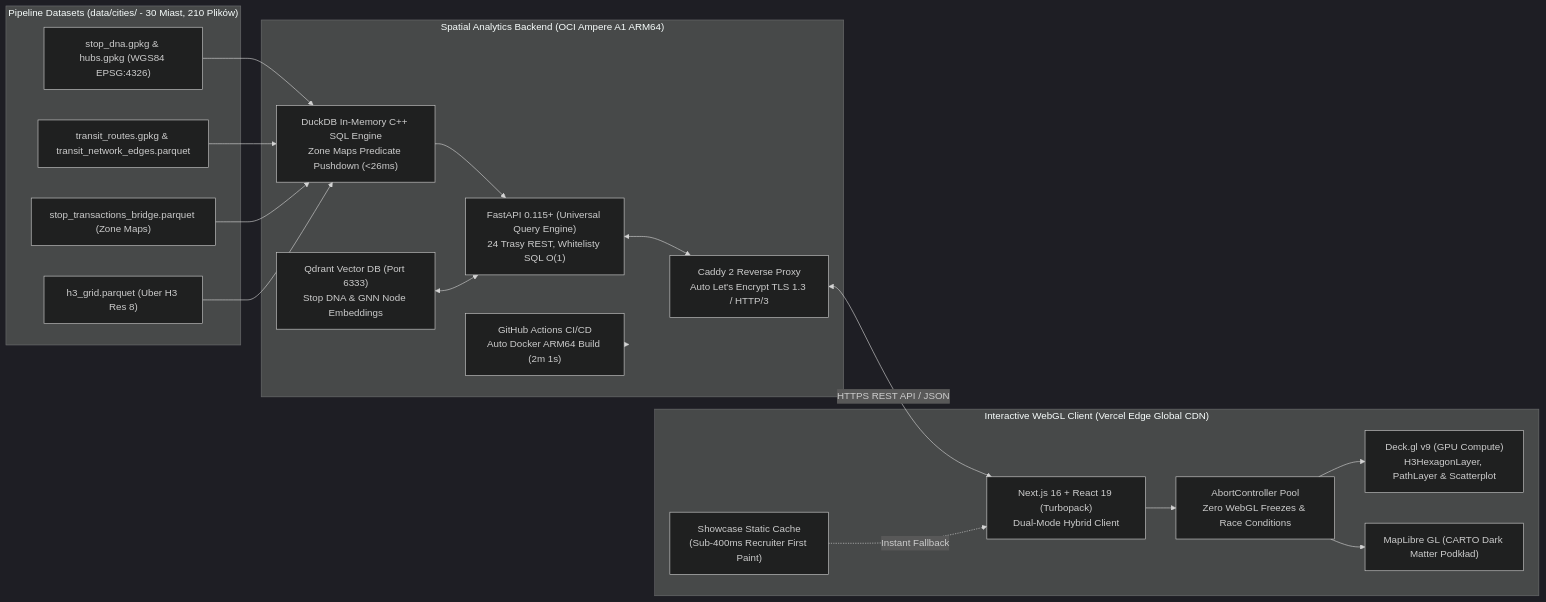
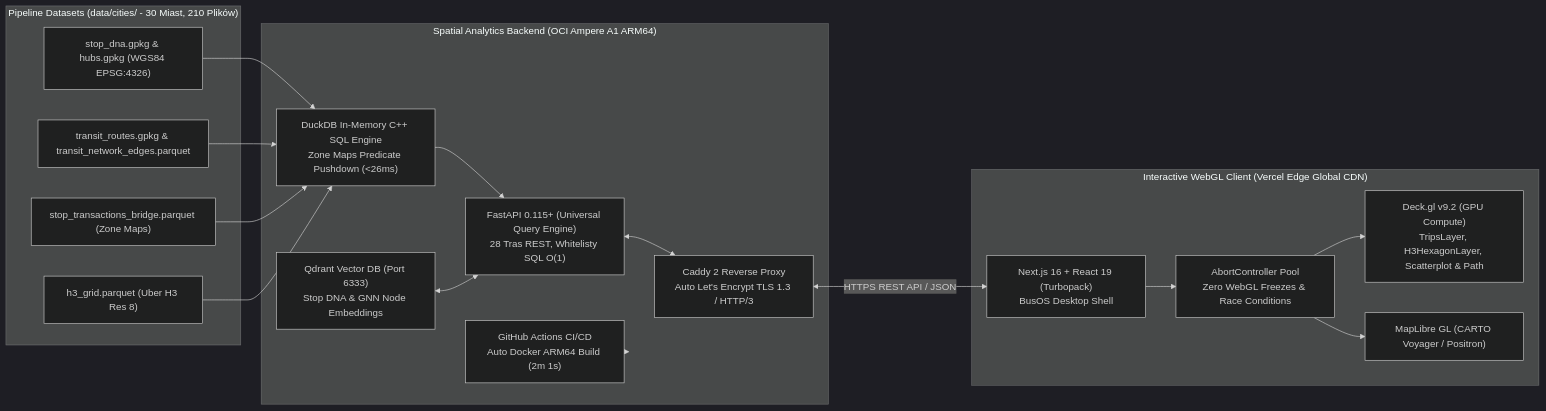
Before and after one commit to Gzyms69/busos: the second of 2 diagrams in README.md, drawn with Mermaid (dark theme). The commit also changed other lines of this file and 7 other files, not shown here.

````diff
--- a/README.md
+++ b/README.md
@@ -189,33 +189,31 @@
 ```mermaid
 flowchart LR
     subgraph Storage["Pipeline Datasets (data/cities/ - 30 Miast, 210 Plików)"]
         GPKG["stop_dna.gpkg & hubs.gpkg (WGS84 EPSG:4326)"]
         ROUTES["transit_routes.gpkg & transit_network_edges.parquet"]
         BRIDGE["stop_transactions_bridge.parquet (Zone Maps)"]
         H3["h3_grid.parquet (Uber H3 Res 8)"]
     end
 
     subgraph Backend["Spatial Analytics Backend (OCI Ampere A1 ARM64)"]
         CICD["GitHub Actions CI/CD<br/>Auto Docker ARM64 Build (2m 1s)"]
         CADDY["Caddy 2 Reverse Proxy<br/>Auto Let's Encrypt TLS 1.3 / HTTP/3"]
-        FASTAPI["FastAPI 0.115+ (Universal Query Engine)<br/>24 Trasy REST, Whitelisty SQL O(1)"]
+        FASTAPI["FastAPI 0.115+ (Universal Query Engine)<br/>28 Tras REST, Whitelisty SQL O(1)"]
         DUCK["DuckDB In-Memory C++ SQL Engine<br/>Zone Maps Predicate Pushdown (<26ms)"]
         QDRANT["Qdrant Vector DB (Port 6333)<br/>Stop DNA & GNN Node Embeddings"]
     end
 
     subgraph Frontend["Interactive WebGL Client (Vercel Edge Global CDN)"]
-        CLIENT["Next.js 16 + React 19 (Turbopack)<br/>Dual-Mode Hybrid Client"]
-        CACHE["Showcase Static Cache<br/>(Sub-400ms Recruiter First Paint)"]
-        DECK["Deck.gl v9 (GPU Compute)<br/>H3HexagonLayer, PathLayer & Scatterplot"]
-        MAP["MapLibre GL (CARTO Dark Matter Podkład)"]
+        CLIENT["Next.js 16 + React 19 (Turbopack)<br/>BusOS Desktop Shell"]
+        DECK["Deck.gl v9.2 (GPU Compute)<br/>TripsLayer, H3HexagonLayer, Scatterplot & Path"]
+        MAP["MapLibre GL (CARTO Voyager / Positron)"]
         ABORT["AbortController Pool<br/>Zero WebGL Freezes & Race Conditions"]
     end
 
     CICD --> Backend
     GPKG & ROUTES & BRIDGE & H3 --> DUCK --> FASTAPI
     QDRANT <--> FASTAPI
     FASTAPI <--> CADDY
     CADDY <-->|HTTPS REST API / JSON| CLIENT
-    CACHE -.->|Instant Fallback| CLIENT
     CLIENT --> ABORT --> DECK & MAP
 ```
````
